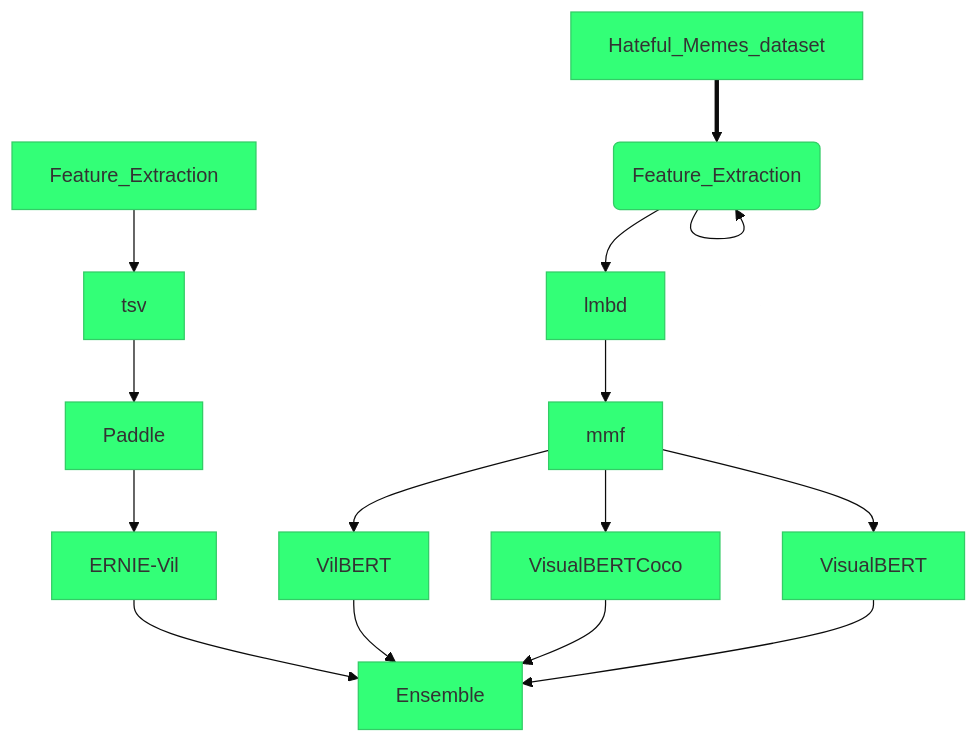
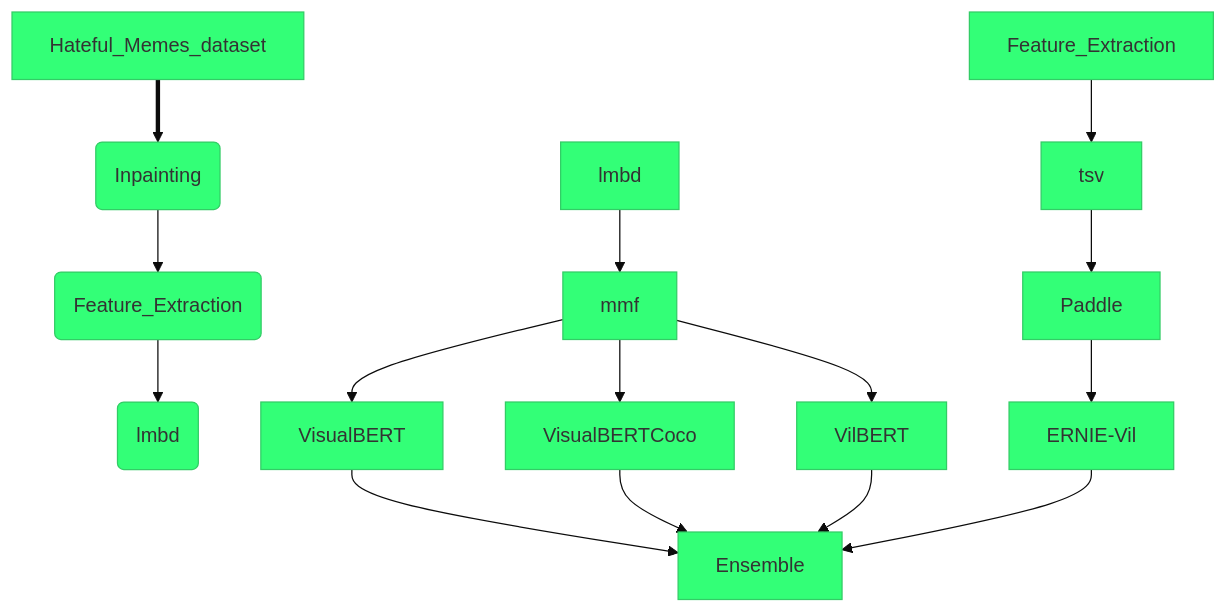
Before and after one commit to JanLeyva/approach_TFM: the diagram in README.md, drawn with Mermaid. The commit also changed other lines of this file, not shown here.

````diff
--- a/README.md
+++ b/README.md
@@ -8,20 +8,20 @@
 ```mermaid
 %%{init: {'theme': 'base', 'themeVariables': { 'primaryColor': '#33FF77', 
 'edgeLabelBackground':'#030600', 'secondaryColor': '#050600','tertiaryColor': '#33CAFF',
 'defaultLinkColor': '#000605'}}}%%
   graph TD;
       Hateful_Memes_dataset==>B(Inpainting);
-      B(Inpainting)-->B(Feature_Extraction)
-      B(Feature_Extraction)-->lmbd;
+      B-->C(Feature_Extraction)
+      C-->D(lmbd);
       Feature_Extraction-->tsv;
       tsv-->Paddle;
       Paddle-->ERNIE-Vil;
       lmbd-->mmf;
       mmf-->VisualBERT;
 	  mmf-->VisualBERTCoco;
       mmf-->VilBERT;
       VisualBERT-->Ensemble;
       VisualBERTCoco-->Ensemble;
       VilBERT-->Ensemble;
       ERNIE-Vil-->Ensemble;
 ```
````
